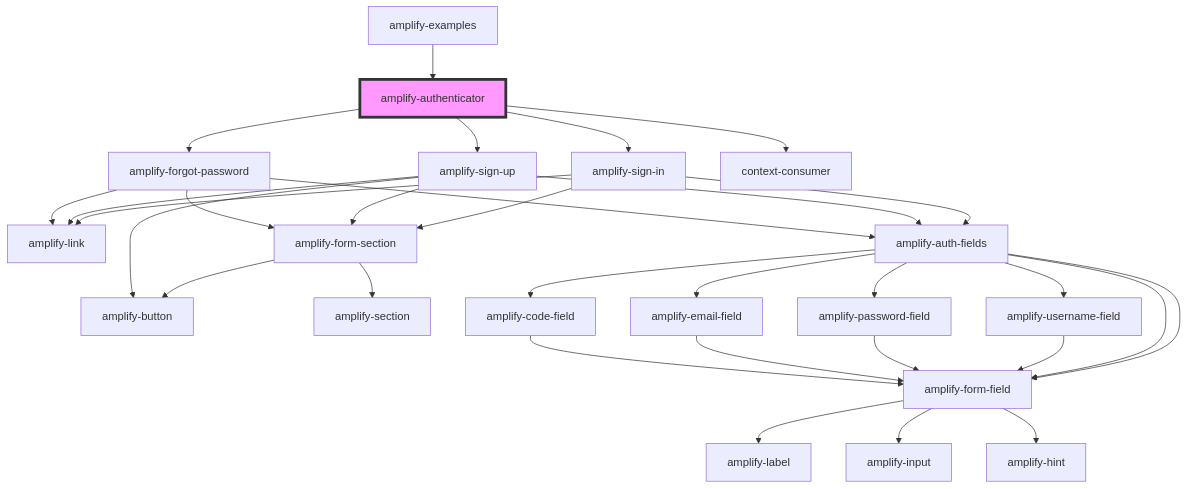
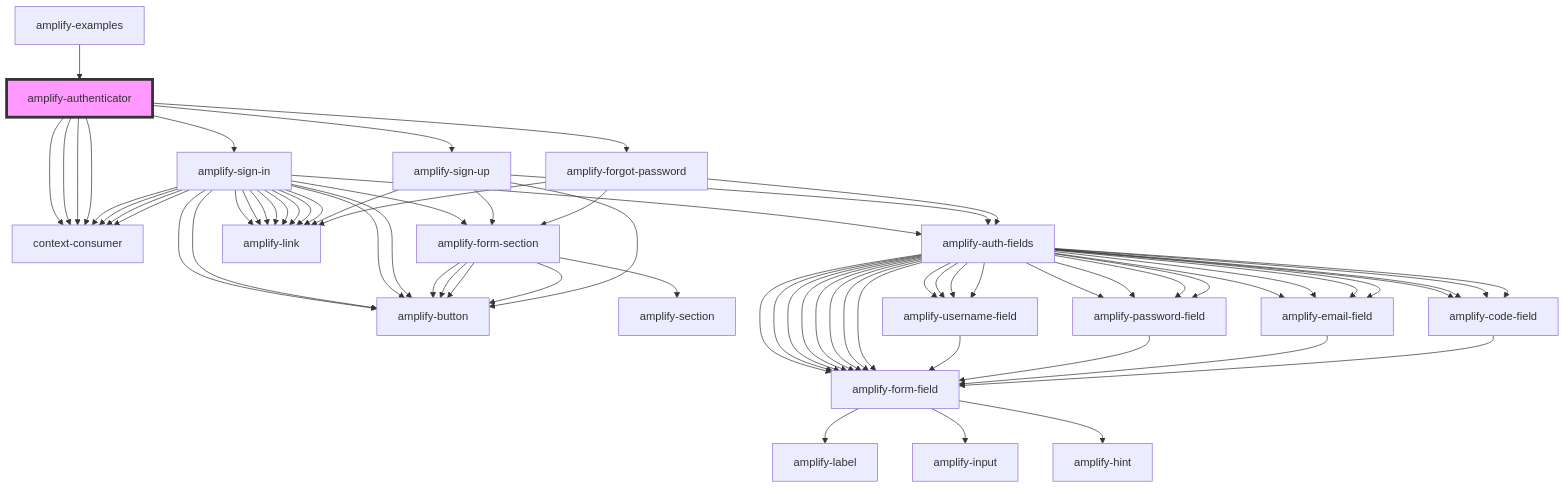
The diagram in packages/amplify-ui-components/src/components/amplify-authenticator/readme.md (aws-amplify/amplify-js), drawn with Mermaid before and after one commit. The commit also changed other lines of this file and 10 other files, not shown here.

Commit message:
feat: amplify-sign-in component, authState refactor

````diff
--- a/packages/amplify-ui-components/src/components/amplify-authenticator/readme.md
+++ b/packages/amplify-ui-components/src/components/amplify-authenticator/readme.md
@@ -29,34 +32,73 @@
 ```mermaid
 graph TD;
   amplify-authenticator --> amplify-sign-in
   amplify-authenticator --> amplify-sign-up
   amplify-authenticator --> amplify-forgot-password
   amplify-authenticator --> context-consumer
-  amplify-sign-in --> amplify-link
+  amplify-authenticator --> context-consumer
+  amplify-authenticator --> context-consumer
+  amplify-authenticator --> context-consumer
   amplify-sign-in --> amplify-form-section
   amplify-sign-in --> amplify-auth-fields
+  amplify-sign-in --> amplify-link
+  amplify-sign-in --> context-consumer
+  amplify-sign-in --> amplify-link
+  amplify-sign-in --> amplify-button
+  amplify-sign-in --> amplify-link
+  amplify-sign-in --> context-consumer
+  amplify-sign-in --> amplify-link
+  amplify-sign-in --> amplify-button
+  amplify-sign-in --> amplify-link
+  amplify-sign-in --> context-consumer
+  amplify-sign-in --> amplify-link
+  amplify-sign-in --> amplify-button
+  amplify-sign-in --> amplify-link
+  amplify-sign-in --> context-consumer
+  amplify-sign-in --> amplify-link
+  amplify-sign-in --> amplify-button
+  amplify-form-section --> amplify-section
   amplify-form-section --> amplify-button
-  amplify-form-section --> amplify-section
+  amplify-form-section --> amplify-button
+  amplify-form-section --> amplify-button
+  amplify-form-section --> amplify-button
+  amplify-auth-fields --> amplify-username-field
+  amplify-auth-fields --> amplify-password-field
+  amplify-auth-fields --> amplify-email-field
+  amplify-auth-fields --> amplify-code-field
+  amplify-auth-fields --> amplify-form-field
+  amplify-auth-fields --> amplify-form-field
+  amplify-auth-fields --> amplify-username-field
+  amplify-auth-fields --> amplify-password-field
+  amplify-auth-fields --> amplify-email-field
+  amplify-auth-fields --> amplify-code-field
+  amplify-auth-fields --> amplify-form-field
+  amplify-auth-fields --> amplify-form-field
+  amplify-auth-fields --> amplify-username-field
+  amplify-auth-fields --> amplify-password-field
+  amplify-auth-fields --> amplify-email-field
+  amplify-auth-fields --> amplify-code-field
+  amplify-auth-fields --> amplify-form-field
+  amplify-auth-fields --> amplify-form-field
   amplify-auth-fields --> amplify-username-field
   amplify-auth-fields --> amplify-password-field
   amplify-auth-fields --> amplify-email-field
   amplify-auth-fields --> amplify-code-field
   amplify-auth-fields --> amplify-form-field
   amplify-auth-fields --> amplify-form-field
   amplify-username-field --> amplify-form-field
   amplify-form-field --> amplify-label
   amplify-form-field --> amplify-input
   amplify-form-field --> amplify-hint
   amplify-password-field --> amplify-form-field
   amplify-email-field --> amplify-form-field
   amplify-code-field --> amplify-form-field
   amplify-sign-up --> amplify-form-section
   amplify-sign-up --> amplify-auth-fields
   amplify-sign-up --> amplify-link
   amplify-sign-up --> amplify-button
   amplify-forgot-password --> amplify-form-section
   amplify-forgot-password --> amplify-link
   amplify-forgot-password --> amplify-auth-fields
   amplify-examples --> amplify-authenticator
   style amplify-authenticator fill:#f9f,stroke:#333,stroke-width:4px
 ```
````
